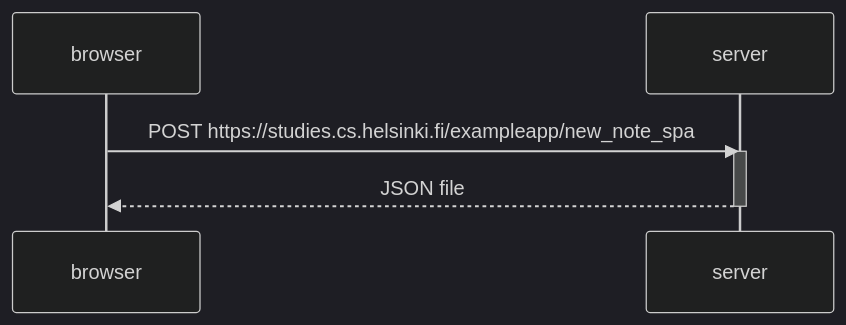
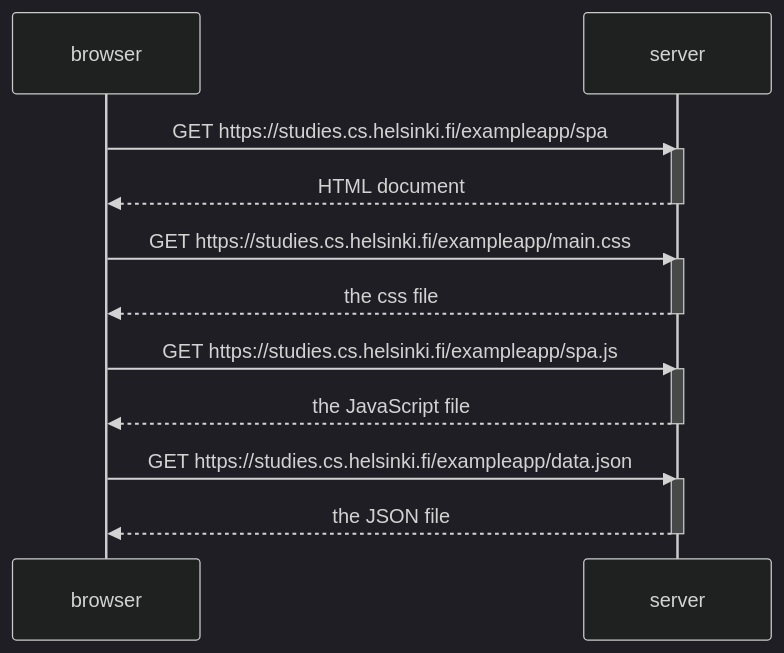
Before and after one commit to Doctor3131/MOOC.FI-FULLSTACK: the diagram in part0/0.5-Single-page-app-diagram.md, drawn with Mermaid (dark theme).

````diff
--- a/part0/0.5-Single-page-app-diagram.md
+++ b/part0/0.5-Single-page-app-diagram.md
@@ -1,13 +1,25 @@
 ```mermaid
 sequenceDiagram
     participant browser
     participant server
 
-    browser->>server: POST https://studies.cs.helsinki.fi/exampleapp/new_note_spa
+    browser->>server: GET https://studies.cs.helsinki.fi/exampleapp/spa
     activate server
-    server-->>browser: JSON file
+    server-->>browser: HTML document
     deactivate server
 
+    browser->>server: GET https://studies.cs.helsinki.fi/exampleapp/main.css
+    activate server
+    server-->>browser: the css file
+    deactivate server
 
+    browser->>server: GET https://studies.cs.helsinki.fi/exampleapp/spa.js
+    activate server
+    server-->>browser: the JavaScript file
+    deactivate server
 
+    browser->>server: GET https://studies.cs.helsinki.fi/exampleapp/data.json
+    activate server
+    server-->>browser: the JSON file
+    deactivate server
 ```
````
